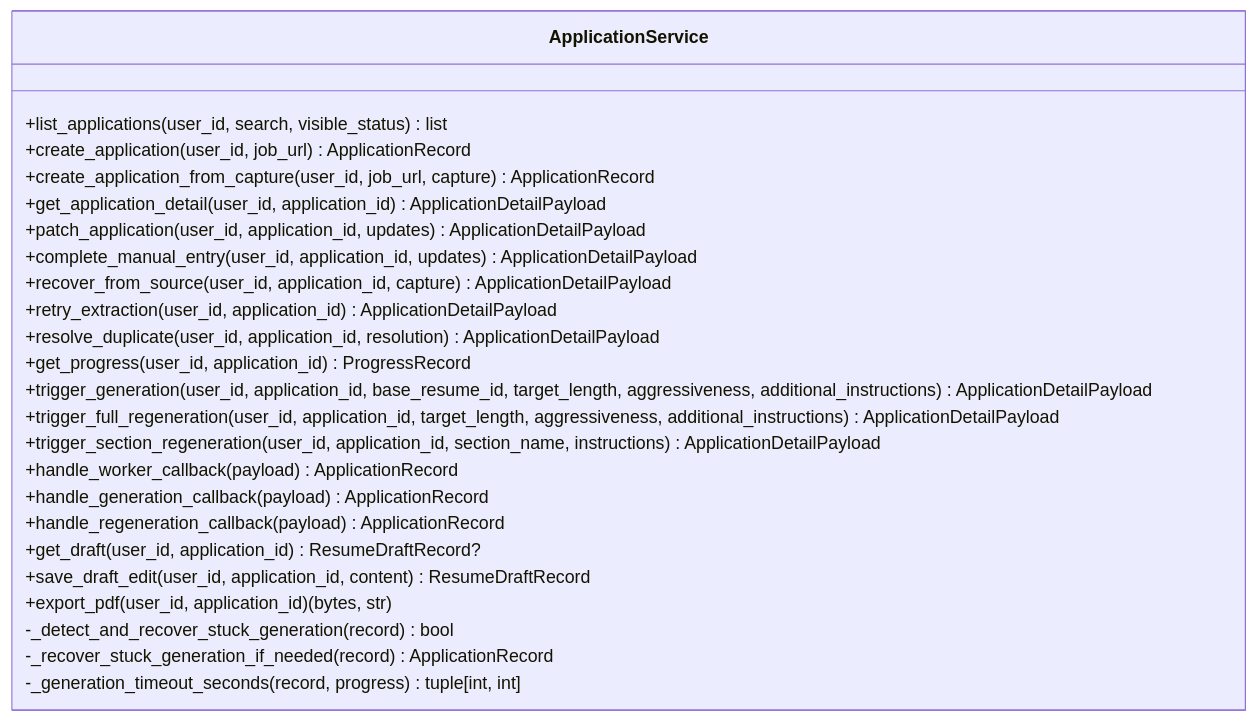
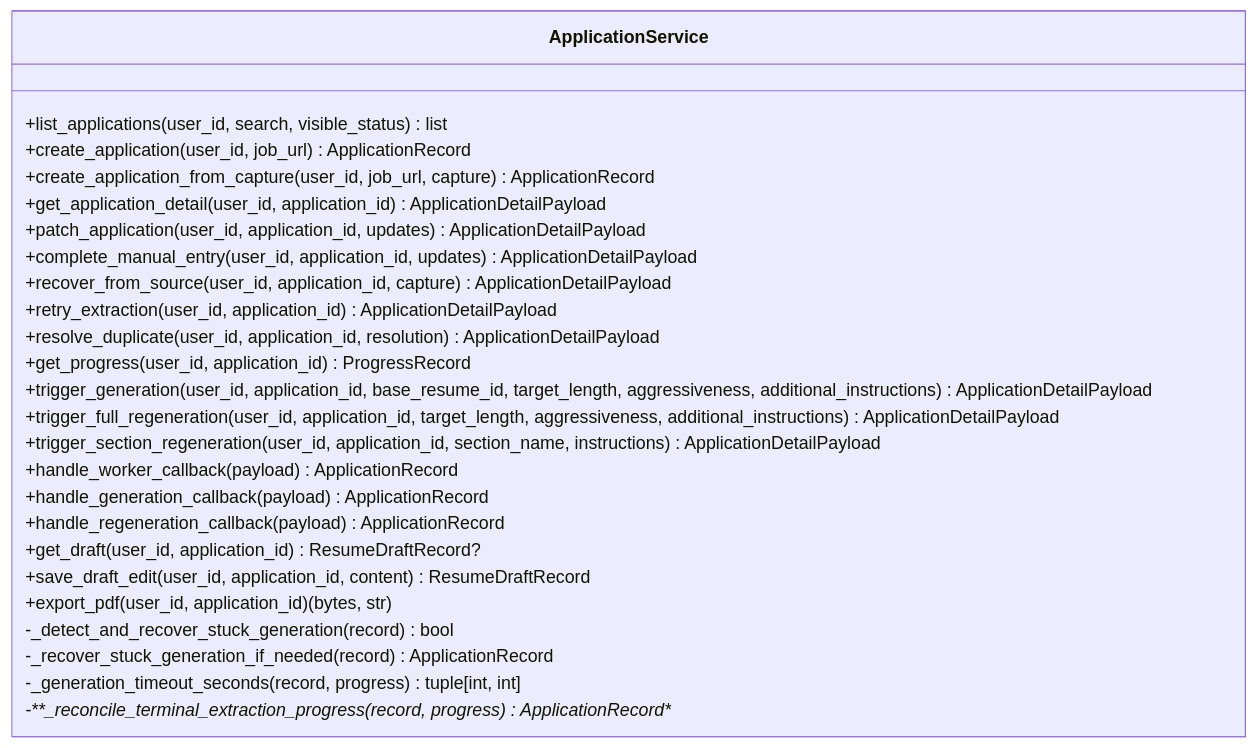
Before and after one commit to sankaL/job-app: the third of 12 diagrams in .qoder/repowiki/en/content/Backend API/Service Layer/Application Manager Service.md, drawn with Mermaid. The commit also changed other lines of this file and 9 other files, not shown here.

First line of the commit message:
docs(build-plan): add extraction callback resilience and terminal progress reconciliation

````diff
--- a/.qoder/repowiki/en/content/Backend API/Service Layer/Application Manager Service.md
+++ b/.qoder/repowiki/en/content/Backend API/Service Layer/Application Manager Service.md
@@ -211,27 +215,28 @@
 ```mermaid
 classDiagram
 class ApplicationService {
 +list_applications(user_id, search, visible_status) list
 +create_application(user_id, job_url) ApplicationRecord
 +create_application_from_capture(user_id, job_url, capture) ApplicationRecord
 +get_application_detail(user_id, application_id) ApplicationDetailPayload
 +patch_application(user_id, application_id, updates) ApplicationDetailPayload
 +complete_manual_entry(user_id, application_id, updates) ApplicationDetailPayload
 +recover_from_source(user_id, application_id, capture) ApplicationDetailPayload
 +retry_extraction(user_id, application_id) ApplicationDetailPayload
 +resolve_duplicate(user_id, application_id, resolution) ApplicationDetailPayload
 +get_progress(user_id, application_id) ProgressRecord
 +trigger_generation(user_id, application_id, base_resume_id, target_length, aggressiveness, additional_instructions) ApplicationDetailPayload
 +trigger_full_regeneration(user_id, application_id, target_length, aggressiveness, additional_instructions) ApplicationDetailPayload
 +trigger_section_regeneration(user_id, application_id, section_name, instructions) ApplicationDetailPayload
 +handle_worker_callback(payload) ApplicationRecord
 +handle_generation_callback(payload) ApplicationRecord
 +handle_regeneration_callback(payload) ApplicationRecord
 +get_draft(user_id, application_id) ResumeDraftRecord?
 +save_draft_edit(user_id, application_id, content) ResumeDraftRecord
 +export_pdf(user_id, application_id) (bytes, str)
 -_detect_and_recover_stuck_generation(record) bool
 -_recover_stuck_generation_if_needed(record) ApplicationRecord
 -_generation_timeout_seconds(record, progress) tuple[int, int]
+-**_reconcile_terminal_extraction_progress(record, progress) ApplicationRecord**
 }
 ```
````
